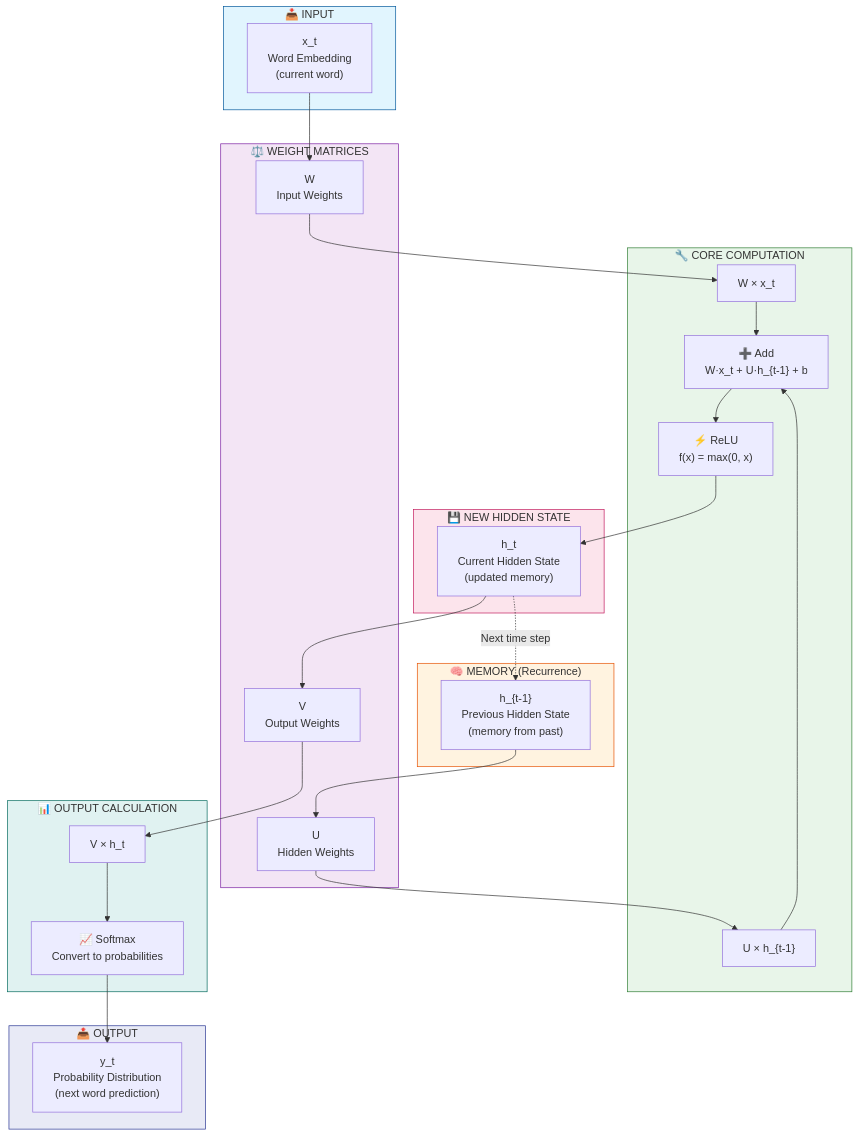
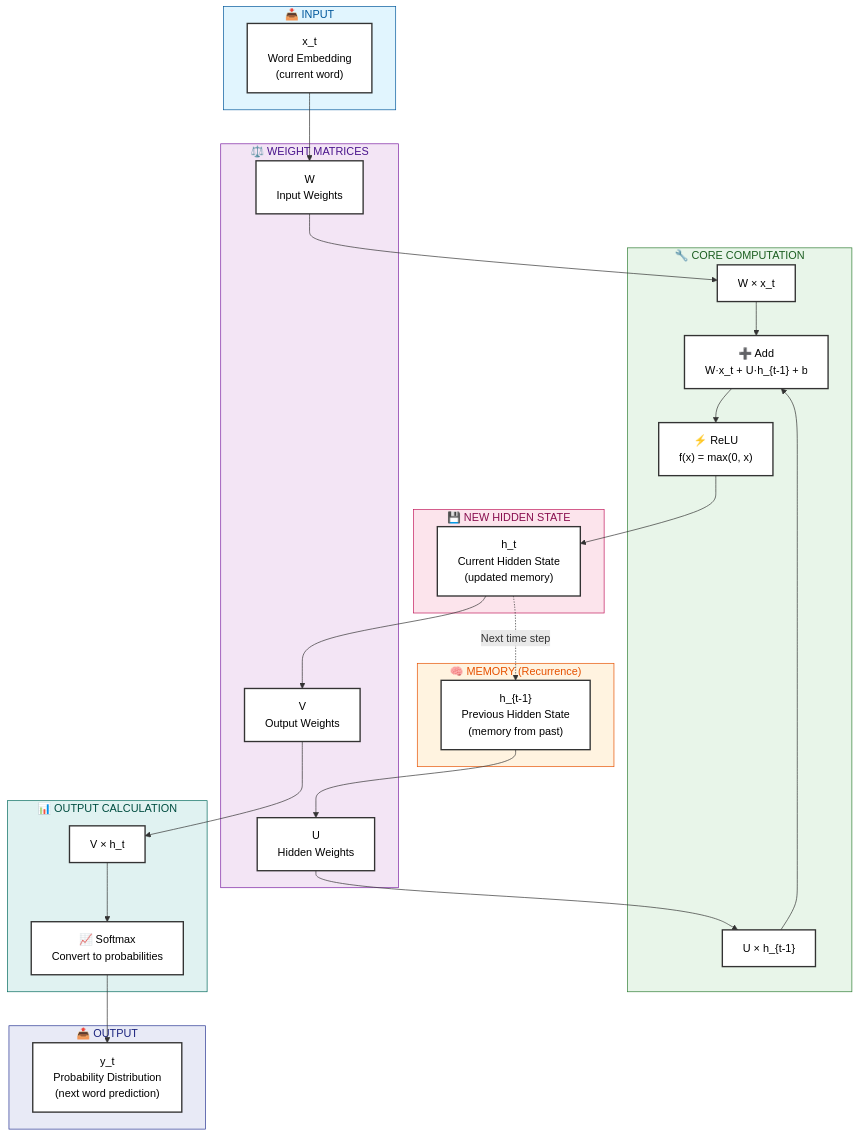
Before and after one commit to shahzeb5136/Cpp_RNN_Theory_Practice: the diagram in README.md, drawn with Mermaid.

````diff
--- a/README.md
+++ b/README.md
@@ -14,67 +14,70 @@
 ```mermaid
 flowchart TB
     subgraph INPUT["📥 INPUT"]
         xt["x_t<br/>Word Embedding<br/>(current word)"]
     end
 
     subgraph MEMORY["🧠 MEMORY (Recurrence)"]
         ht_prev["h_{t-1}<br/>Previous Hidden State<br/>(memory from past)"]
     end
 
     subgraph WEIGHTS["⚖️ WEIGHT MATRICES"]
         W["W<br/>Input Weights"]
         U["U<br/>Hidden Weights"]
         V["V<br/>Output Weights"]
     end
 
     subgraph COMPUTATION["🔧 CORE COMPUTATION"]
         Wx["W × x_t"]
         Uh["U × h_{t-1}"]
         sum["➕ Add<br/>W·x_t + U·h_{t-1} + b"]
         relu["⚡ ReLU<br/>f(x) = max(0, x)"]
     end
 
     subgraph HIDDEN["💾 NEW HIDDEN STATE"]
         ht["h_t<br/>Current Hidden State<br/>(updated memory)"]
     end
 
     subgraph OUTPUT_CALC["📊 OUTPUT CALCULATION"]
         Vh["V × h_t"]
         softmax["📈 Softmax<br/>Convert to probabilities"]
     end
 
     subgraph OUTPUT["📤 OUTPUT"]
         yt["y_t<br/>Probability Distribution<br/>(next word prediction)"]
     end
 
     %% Input flows
     xt --> W
     W --> Wx
     
     ht_prev --> U
     U --> Uh
     
     %% Computation flow
     Wx --> sum
     Uh --> sum
     sum --> relu
     relu --> ht
     
     %% Output flow
     ht --> V
     V --> Vh
     Vh --> softmax
     softmax --> yt
     
     %% Recurrence loop
     ht -.->|"Next time step"| ht_prev
 
-    %% Styling
-    style INPUT fill:#e1f5fe,stroke:#01579b
-    style MEMORY fill:#fff3e0,stroke:#e65100
-    style WEIGHTS fill:#f3e5f5,stroke:#7b1fa2
-    style COMPUTATION fill:#e8f5e9,stroke:#2e7d32
-    style HIDDEN fill:#fce4ec,stroke:#c2185b
-    style OUTPUT_CALC fill:#e0f2f1,stroke:#00695c
-    style OUTPUT fill:#e8eaf6,stroke:#283593
+    %% Styling with "Mid-Tone" colors that pop on white and black
+    style INPUT fill:#e1f5fe,stroke:#01579b,color:#01579b
+    style MEMORY fill:#fff3e0,stroke:#e65100,color:#e65100
+    style WEIGHTS fill:#f3e5f5,stroke:#7b1fa2,color:#4a148c
+    style COMPUTATION fill:#e8f5e9,stroke:#2e7d32,color:#1b5e20
+    style HIDDEN fill:#fce4ec,stroke:#c2185b,color:#880e4f
+    style OUTPUT_CALC fill:#e0f2f1,stroke:#00695c,color:#004d40
+    style OUTPUT fill:#e8eaf6,stroke:#283593,color:#1a237e
+
+    %% Using a high-contrast Navy for inner text (visible on the light fills)
+    classDef default fill:#ffffff,stroke:#333,stroke-width:2px,color:#000000;
 ```
````
